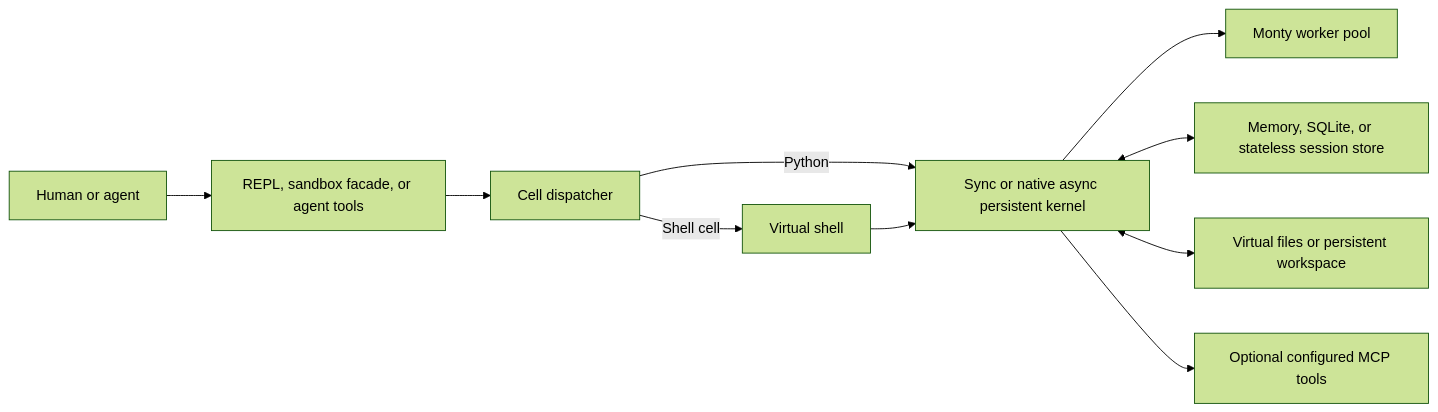
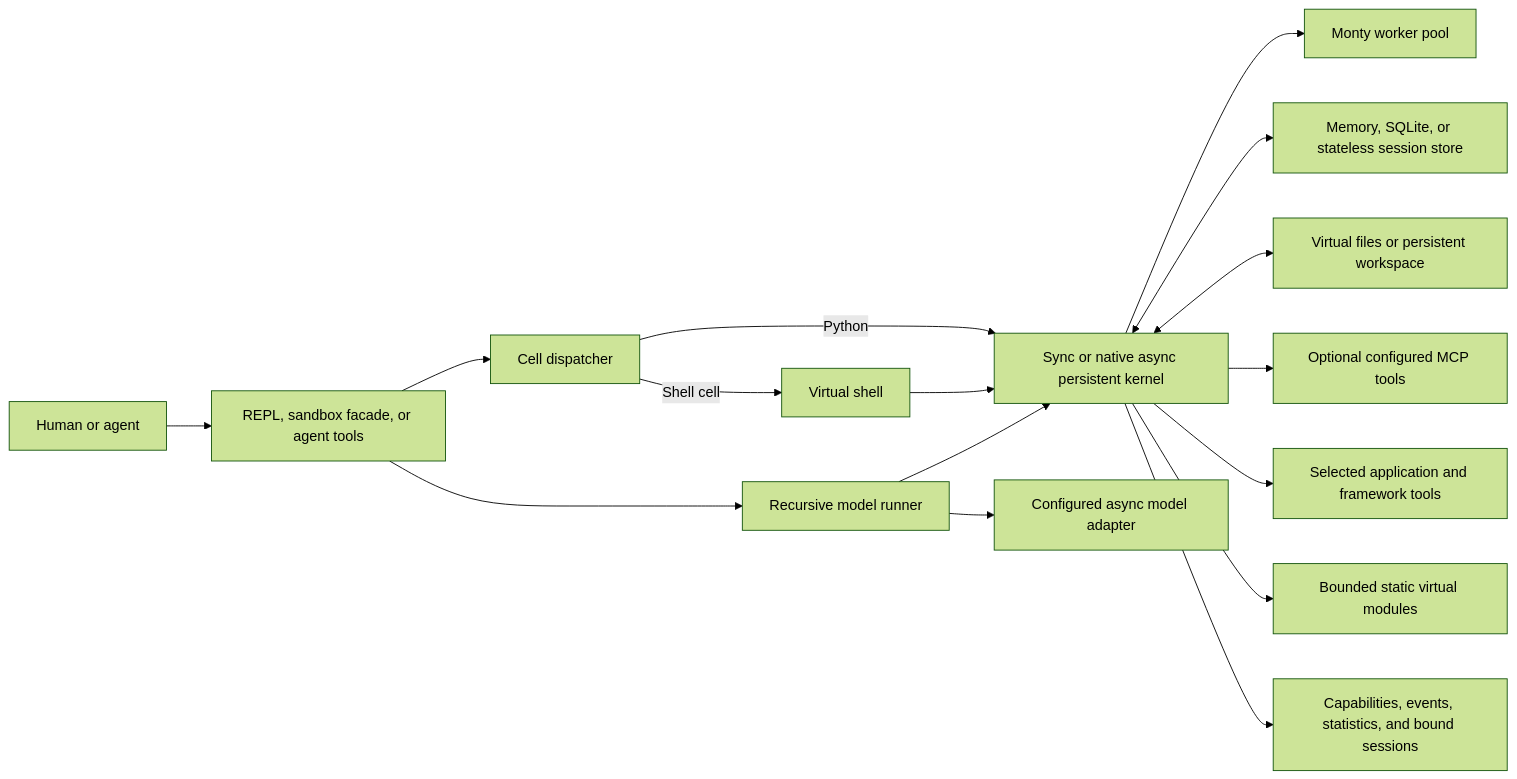
Before and after one commit to sgaseretto/arenero: the diagram in README.md, drawn with Mermaid (forest theme). The commit also changed other lines of this file and 46 other files, not shown here.

````diff
--- a/README.md
+++ b/README.md
@@ -11,12 +12,18 @@
 ```mermaid
 flowchart LR
     User["Human or agent"] --> Interface["REPL, sandbox facade, or agent tools"]
     Interface --> Cell["Cell dispatcher"]
     Cell -->|Python| Kernel["Sync or native async persistent kernel"]
     Cell -->|Shell cell| Shell["Virtual shell"]
     Shell --> Kernel
     Kernel --> Worker["Monty worker pool"]
     Kernel <--> Store["Memory, SQLite, or stateless session store"]
     Kernel <--> Files["Virtual files or persistent workspace"]
     Kernel --> MCP["Optional configured MCP tools"]
+    Kernel --> Hosted["Selected application and framework tools"]
+    Kernel --> Modules["Bounded static virtual modules"]
+    Kernel --> QoL["Capabilities, events, statistics, and bound sessions"]
+    Interface --> RLM["Recursive model runner"]
+    RLM --> Kernel
+    RLM --> Model["Configured async model adapter"]
 ```
````
